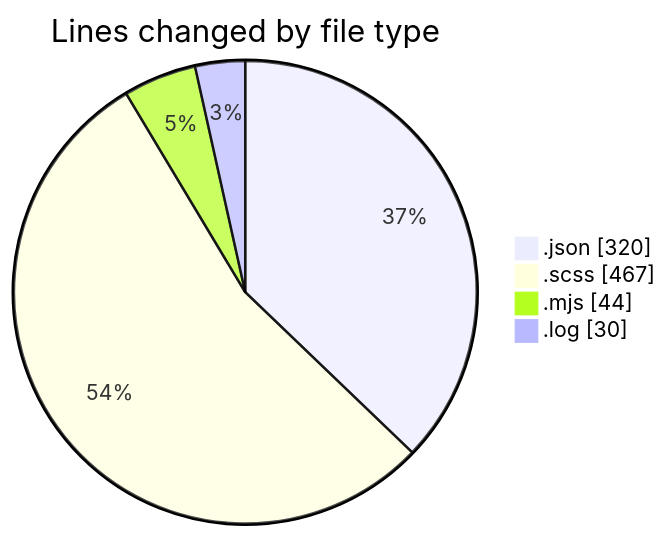
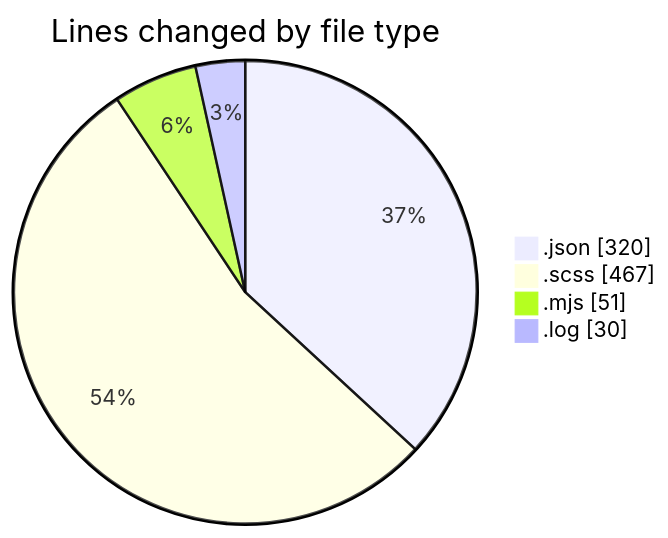
One commit to momahboobian/code-tracking changed the first of 2 diagrams in 2026-08-12/cda/README.md. Above: the diagram before and after it, drawn with Mermaid. The commit also changed other lines of this file and 1 other file, not shown here.

````diff
--- a/2026-08-12/cda/README.md
+++ b/2026-08-12/cda/README.md
@@ -27,8 +27,8 @@
 ```mermaid
 pie showData
 title Lines changed by file type
 ".json" : 320
 ".scss" : 467
-".mjs" : 44
+".mjs" : 51
 ".log" : 30
 ```
````
